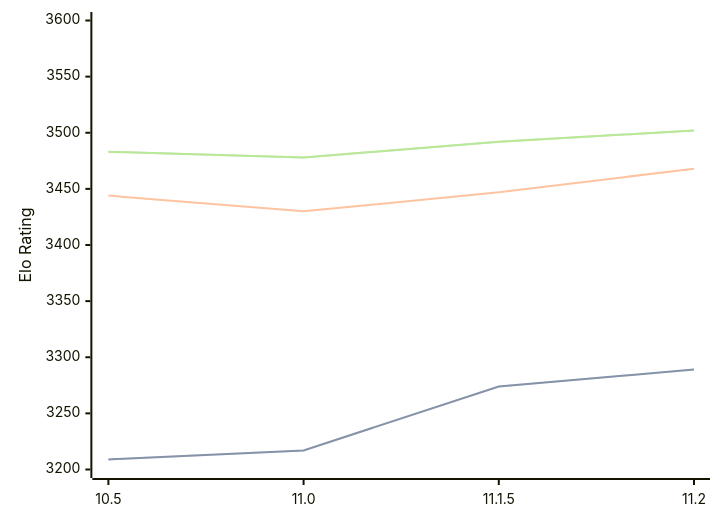
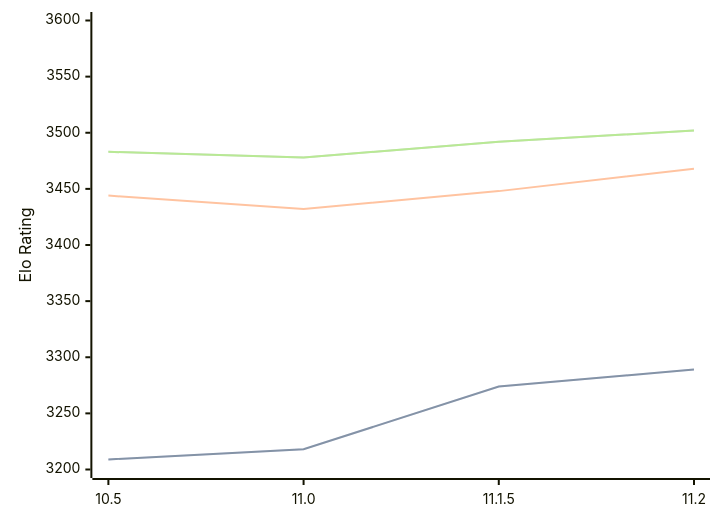
Before and after one commit to computer-chess-index/cci: the diagram in engines/Lizard.md, drawn with Mermaid. The commit also changed other lines of this file, not shown here.

````diff
--- a/engines/Lizard.md
+++ b/engines/Lizard.md
@@ -46,11 +46,11 @@
 ```mermaid
 %%{init: {"theme":"base","themeVariables":{"seriesColors:['#a3a3a3','#222221','#faa371']}}}%%
 xychart-beta
   x-axis ["10.5", "11.0", "11.1.5", "11.2"]
   y-axis "Elo Rating" 3200 --> 3600
-  line "STC (8.0+0.08s)" [3209, 3217, 3274, 3289]
-  line "STC (8.0+0.08s)" [3209, 3217, 3274, 3289]
-  line "LTC (60.0+0.60s)" [3444, 3430, 3447, 3468]
+  line "STC (8.0+0.08s)" [3209, 3218, 3274, 3289]
+  line "STC (8.0+0.08s)" [3209, 3218, 3274, 3289]
+  line "LTC (60.0+0.60s)" [3444, 3432, 3448, 3468]
   line "VLTC (2m24s+1.12s)" [3483, 3478, 3492, 3502]
   line "VLTC (2m24s+1.12s)" [3483, 3478, 3492, 3502]
 ```
````
